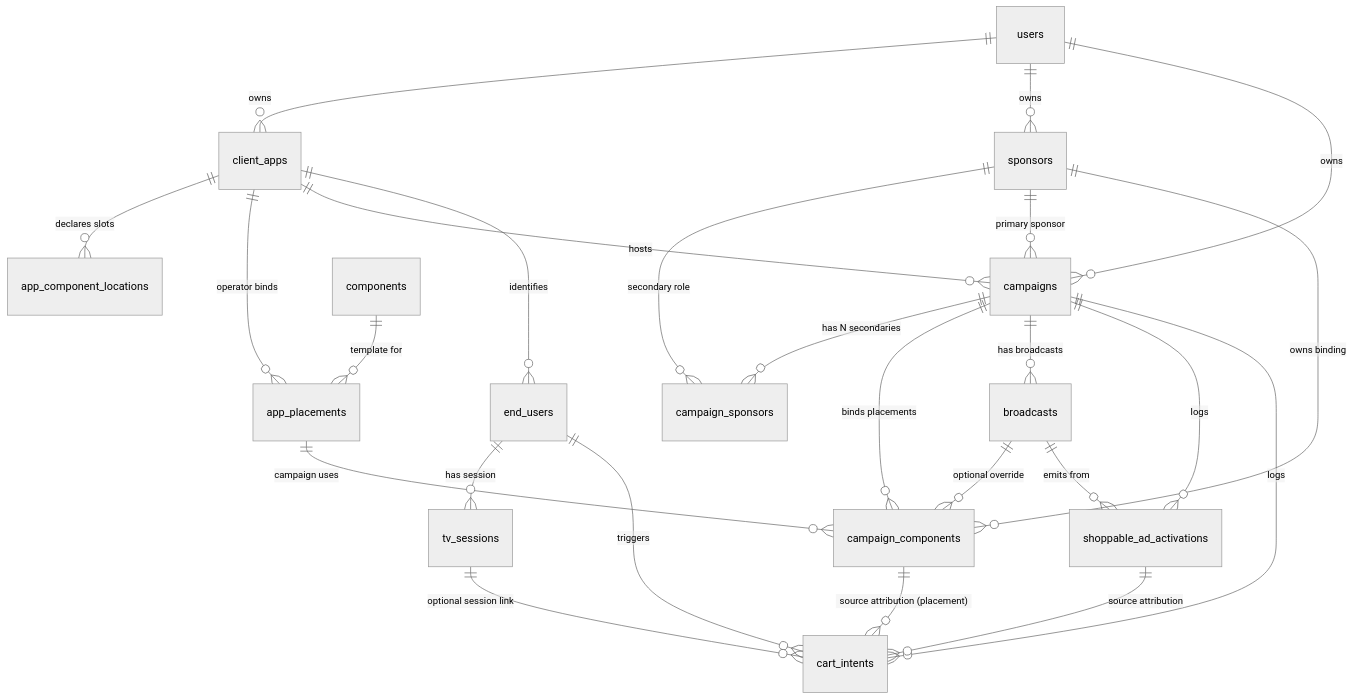
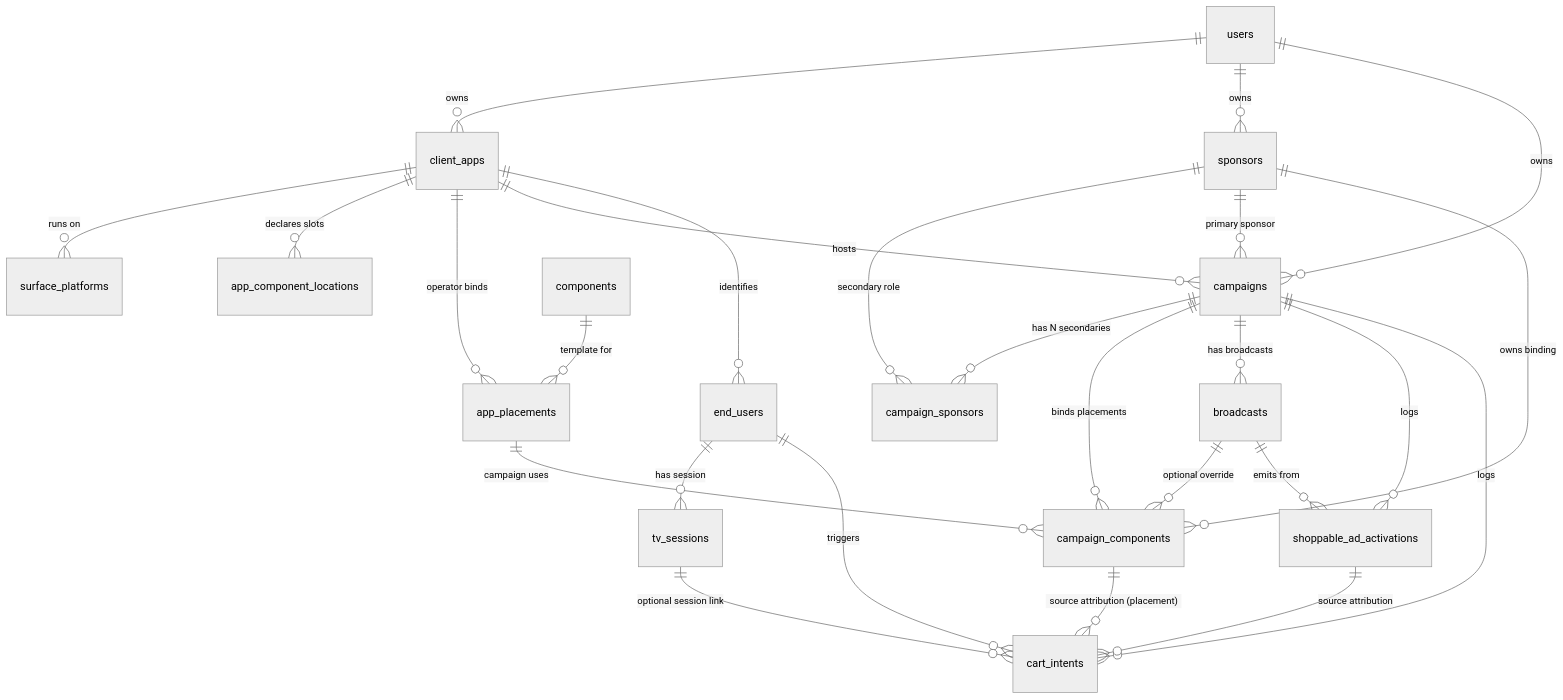
The diagram in docs/DB_AND_ENDPOINTS.md (tipiodevelopment/socket-server), drawn with Mermaid (neutral theme) before and after one commit. The commit also changed other lines of this file and 1 other file, not shown here.

First line of the commit message:
docs: record the surface/platform model and what a sponsor actually is

````diff
--- a/docs/DB_AND_ENDPOINTS.md
+++ b/docs/DB_AND_ENDPOINTS.md
@@ -89,35 +90,36 @@
 ```mermaid
 erDiagram
     users ||--o{ client_apps : owns
     users ||--o{ sponsors : owns
     users ||--o{ campaigns : owns
 
+    client_apps ||--o{ surface_platforms : "runs on"
     client_apps ||--o{ app_component_locations : "declares slots"
     client_apps ||--o{ app_placements : "operator binds"
     client_apps ||--o{ campaigns : hosts
     client_apps ||--o{ end_users : identifies
 
     components ||--o{ app_placements : "template for"
 
     sponsors ||--o{ campaign_sponsors : "secondary role"
     sponsors ||--o{ campaigns : "primary sponsor"
     sponsors ||--o{ campaign_components : "owns binding"
 
     app_placements ||--o{ campaign_components : "campaign uses"
 
     campaigns ||--o{ campaign_sponsors : "has N secondaries"
     campaigns ||--o{ campaign_components : "binds placements"
     campaigns ||--o{ broadcasts : "has broadcasts"
     campaigns ||--o{ shoppable_ad_activations : "logs"
     campaigns ||--o{ cart_intents : "logs"
 
     broadcasts ||--o{ campaign_components : "optional override"
     broadcasts ||--o{ shoppable_ad_activations : "emits from"
 
     end_users ||--o{ tv_sessions : "has session"
     end_users ||--o{ cart_intents : "triggers"
 
     shoppable_ad_activations ||--o{ cart_intents : "source attribution"
     campaign_components ||--o{ cart_intents : "source attribution (placement)"
     tv_sessions ||--o{ cart_intents : "optional session link"
 ```
````
